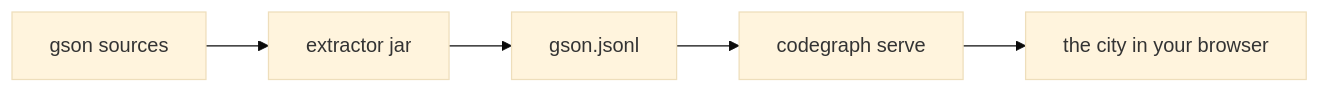
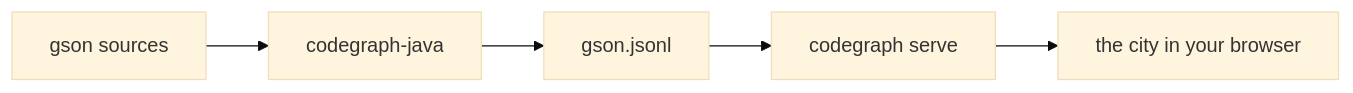
The diagram in website/content/docs/tutorials/first-city.md (defsquare/codegraph), drawn with Mermaid (base theme) before and after one commit. The commit also changed other lines of this file and 15 other files, not shown here.

````diff
--- a/website/content/docs/tutorials/first-city.md
+++ b/website/content/docs/tutorials/first-city.md
@@ -24,7 +24,7 @@
 ```mermaid
 flowchart LR
-  A[gson sources] --> B[extractor jar]
+  A[gson sources] --> B[codegraph-java]
   B --> C[gson.jsonl]
   C --> D[codegraph serve]
   D --> E[the city in your browser]
 ```
````
